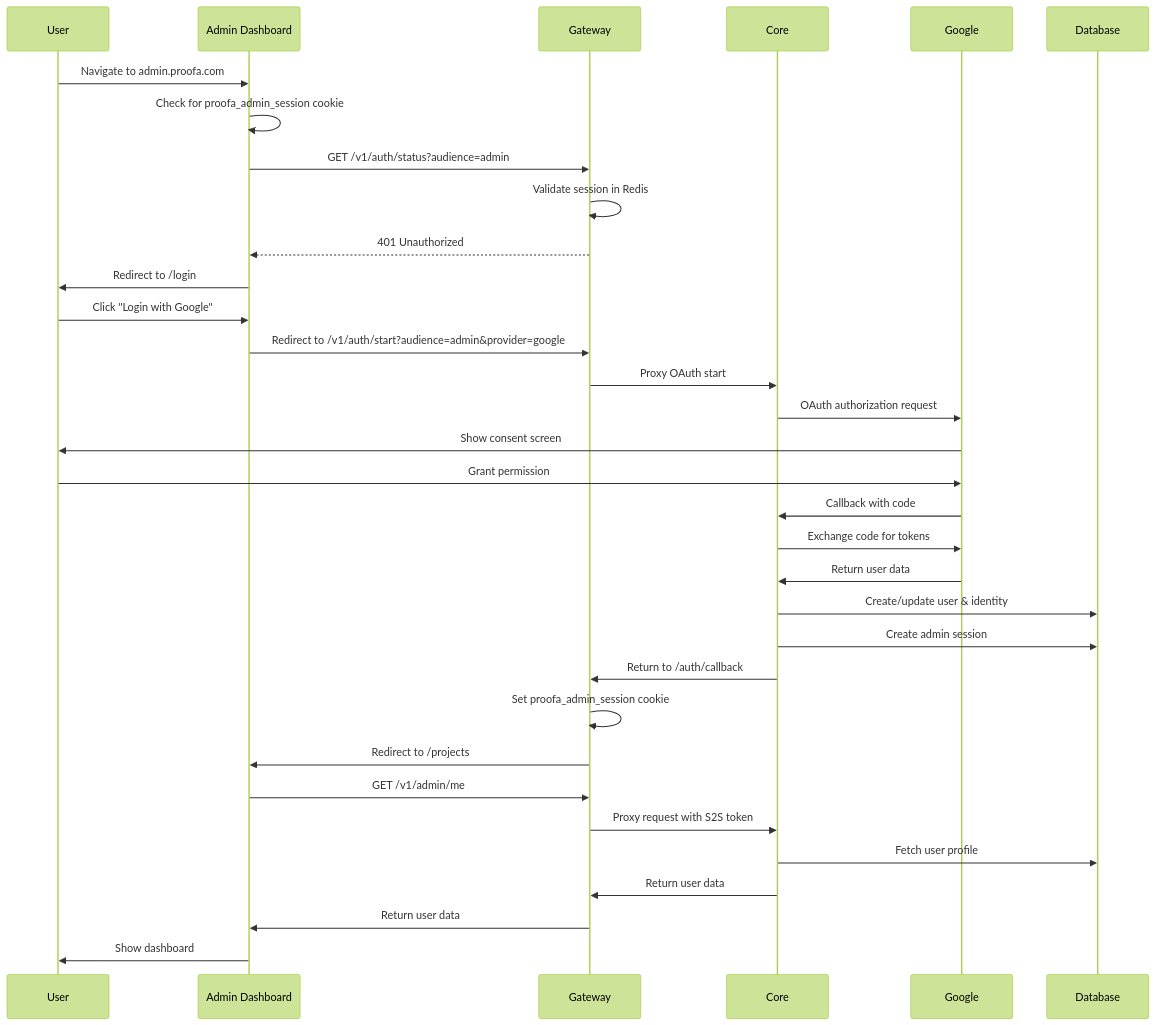
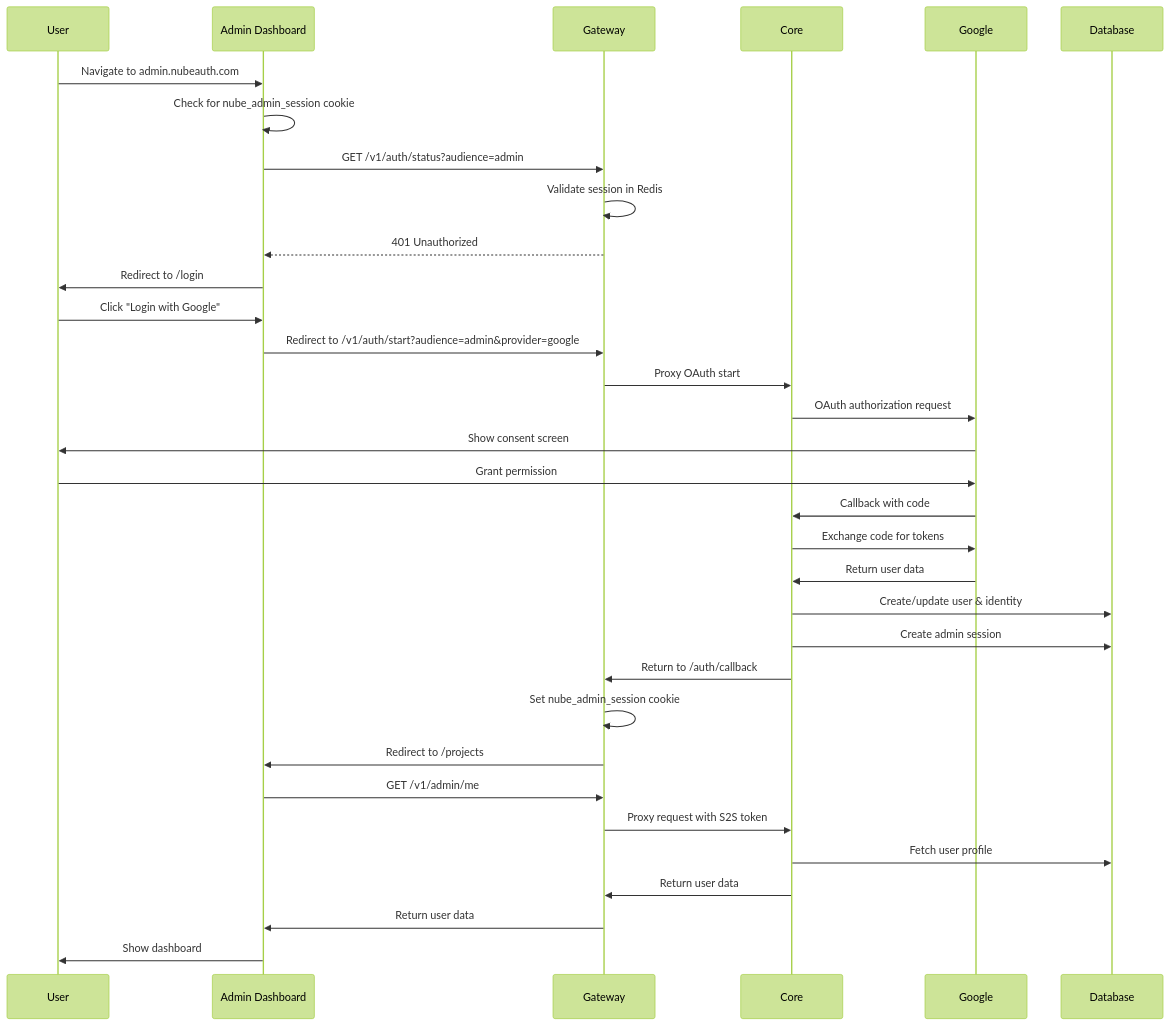
Before and after one commit to nube-auth/nube-auth: the diagram in docs/DASHBOARDS_COMPLETE_GUIDE.md, drawn with Mermaid (forest theme). The commit also changed other lines of this file and 292 other files, not shown here.

Commit message:
chore: rename proofa → nube-auth across entire codebase

````diff
--- a/docs/DASHBOARDS_COMPLETE_GUIDE.md
+++ b/docs/DASHBOARDS_COMPLETE_GUIDE.md
@@ -668,29 +668,29 @@
 ```mermaid
 sequenceDiagram
-    User->>Admin Dashboard: Navigate to admin.proofa.com
-    Admin Dashboard->>Admin Dashboard: Check for proofa_admin_session cookie
+    User->>Admin Dashboard: Navigate to admin.nubeauth.com
+    Admin Dashboard->>Admin Dashboard: Check for nube_admin_session cookie
     Admin Dashboard->>Gateway: GET /v1/auth/status?audience=admin
     Gateway->>Gateway: Validate session in Redis
     Gateway-->>Admin Dashboard: 401 Unauthorized
     Admin Dashboard->>User: Redirect to /login
     User->>Admin Dashboard: Click "Login with Google"
     Admin Dashboard->>Gateway: Redirect to /v1/auth/start?audience=admin&provider=google
     Gateway->>Core: Proxy OAuth start
     Core->>Google: OAuth authorization request
     Google->>User: Show consent screen
     User->>Google: Grant permission
     Google->>Core: Callback with code
     Core->>Google: Exchange code for tokens
     Google->>Core: Return user data
     Core->>Database: Create/update user & identity
     Core->>Database: Create admin session
     Core->>Gateway: Return to /auth/callback
-    Gateway->>Gateway: Set proofa_admin_session cookie
+    Gateway->>Gateway: Set nube_admin_session cookie
     Gateway->>Admin Dashboard: Redirect to /projects
     Admin Dashboard->>Gateway: GET /v1/admin/me
     Gateway->>Core: Proxy request with S2S token
     Core->>Database: Fetch user profile
     Core->>Gateway: Return user data
     Gateway->>Admin Dashboard: Return user data
     Admin Dashboard->>User: Show dashboard
 ```
````
